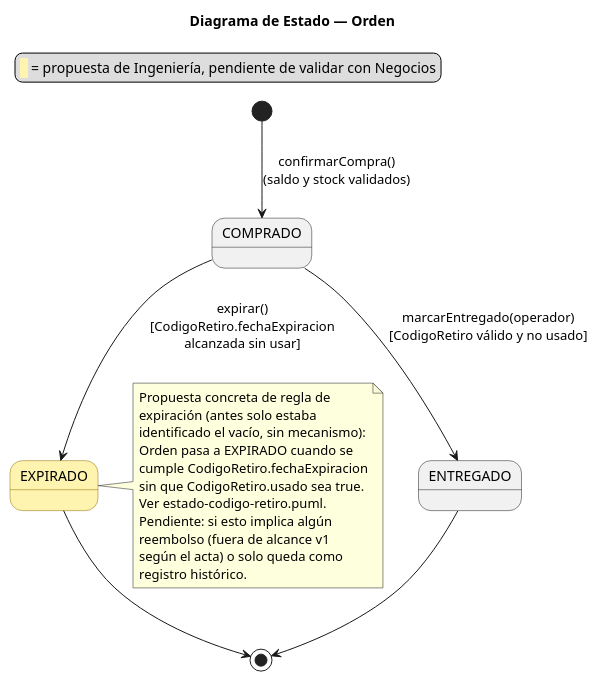
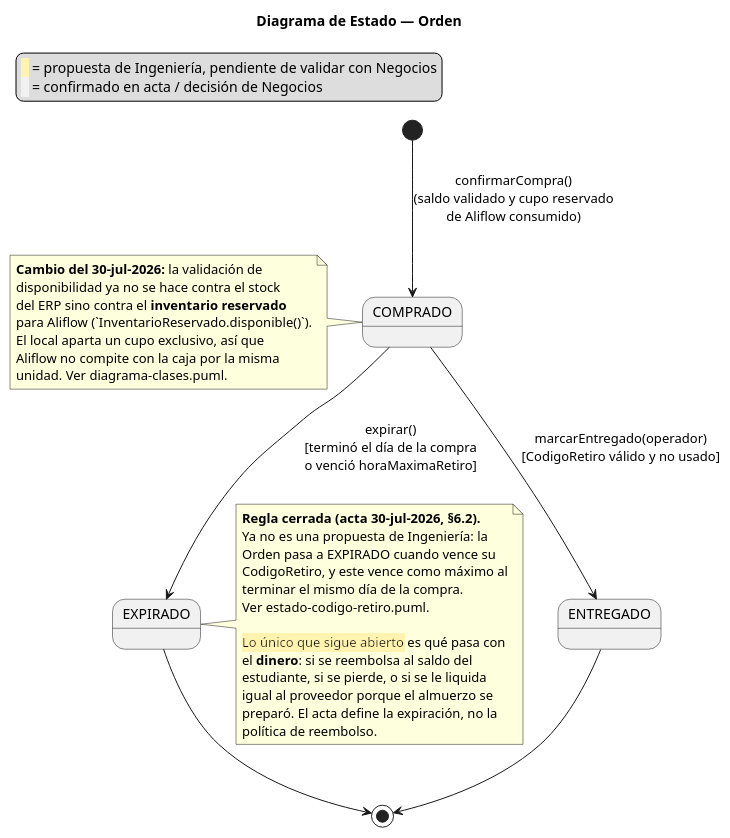
The diagram in uml/estado-orden.puml (Jesus-JB/aliflow), drawn with PlantUML before and after one commit. The commit also changed 17 other files, not shown here.

First line of the commit message:
Alinear el diseño con el acta de reunión del 30 de julio

```diff
--- a/uml/estado-orden.puml
+++ b/uml/estado-orden.puml
@@ -1,39 +1,50 @@
 @startuml estado-orden-aliflow
 
 title Diagrama de Estado — Orden
 
 skinparam state {
   BackgroundColor<<propuesta>> #FFF3B0
   BorderColor<<propuesta>> #8A6D00
 }
 
 legend top left
   <back:#FFF3B0>  </back> = propuesta de Ingeniería, pendiente de validar con Negocios
+  <back:#F1F1F1>  </back> = confirmado en acta / decisión de Negocios
 endlegend
 
-state EXPIRADO <<propuesta>>
-
-[*] --> COMPRADO : confirmarCompra()\n(saldo y stock validados)
+[*] --> COMPRADO : confirmarCompra()\n(saldo validado y cupo reservado\nde Aliflow consumido)
 
 COMPRADO --> ENTREGADO : marcarEntregado(operador)\n[CodigoRetiro válido y no usado]
 
-COMPRADO --> EXPIRADO : expirar()\n[CodigoRetiro.fechaExpiracion\nalcanzada sin usar]
+COMPRADO --> EXPIRADO : expirar()\n[terminó el día de la compra\no venció horaMaximaRetiro]
 
 ENTREGADO --> [*]
 EXPIRADO --> [*]
 
 note right of EXPIRADO
-  Propuesta concreta de regla de
-  expiración (antes solo estaba
-  identificado el vacío, sin mecanismo):
-  Orden pasa a EXPIRADO cuando se
-  cumple CodigoRetiro.fechaExpiracion
-  sin que CodigoRetiro.usado sea true.
+  **Regla cerrada (acta 30-jul-2026, §6.2).**
+  Ya no es una propuesta de Ingeniería: la
+  Orden pasa a EXPIRADO cuando vence su
+  CodigoRetiro, y este vence como máximo al
+  terminar el mismo día de la compra.
   Ver estado-codigo-retiro.puml.
-  Pendiente: si esto implica algún
-  reembolso (fuera de alcance v1
-  según el acta) o solo queda como
-  registro histórico.
+
+  <back:#FFF3B0>Lo único que sigue abierto</back> es qué pasa con
+  el **dinero**: si se reembolsa al saldo del
+  estudiante, si se pierde, o si se le liquida
+  igual al proveedor porque el almuerzo se
+  preparó. El acta define la expiración, no la
+  política de reembolso.
+end note
+
+note left of COMPRADO
+  **Cambio del 30-jul-2026:** la validación de
+  disponibilidad ya no se hace contra el stock
+  del ERP sino contra el **inventario reservado**
+  para Aliflow (`InventarioReservado.disponible()`).
+  El local aparta un cupo exclusivo, así que
+  Aliflow no compite con la caja por la misma
+  unidad. Ver diagrama-clases.puml.
 end note
 
 @enduml
```
